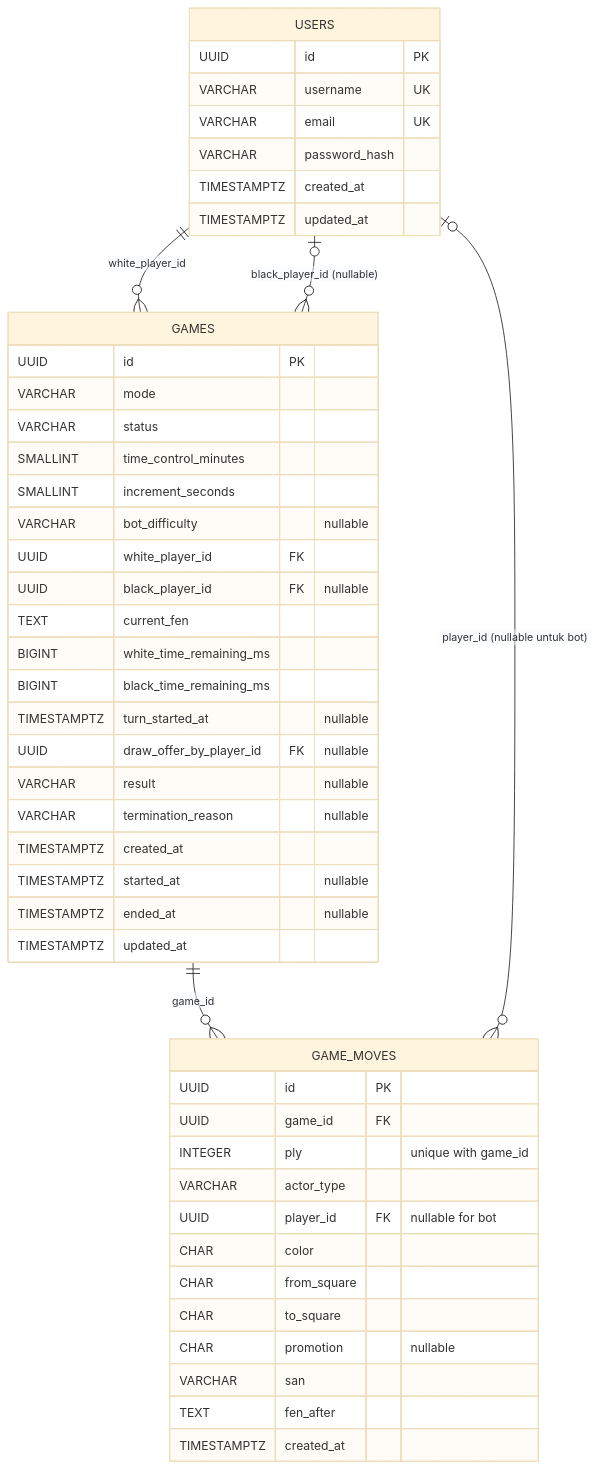
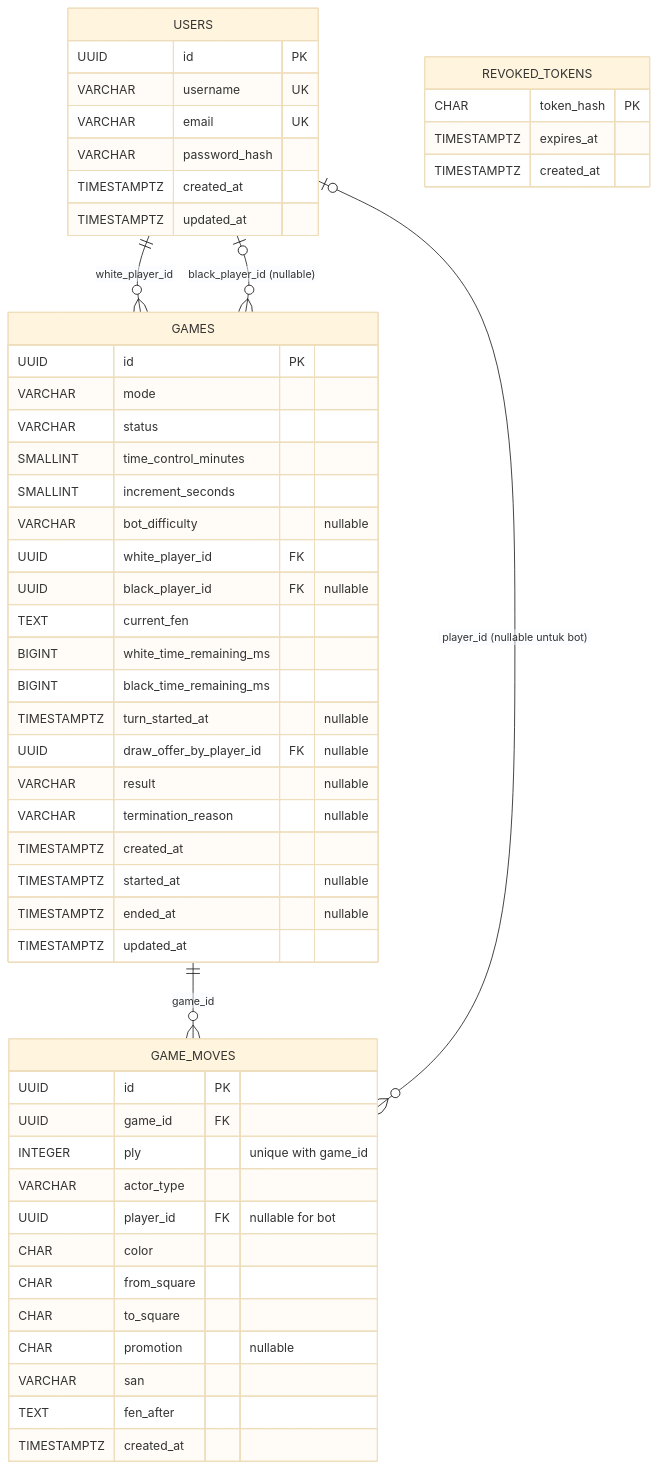
The diagram in server/DATABASE_SCHEMA.md (Three-Musketeers-Hacktiv/Hacktiv-Chess-Ultimate), drawn with Mermaid (base theme) before and after one commit. The commit also changed other lines of this file and 13 other files, not shown here.

````diff
--- a/server/DATABASE_SCHEMA.md
+++ b/server/DATABASE_SCHEMA.md
@@ -16,53 +16,59 @@
 ```mermaid
 erDiagram
     USERS ||--o{ GAMES : "white_player_id"
     USERS o|--o{ GAMES : "black_player_id (nullable)"
     GAMES ||--o{ GAME_MOVES : "game_id"
     USERS o|--o{ GAME_MOVES : "player_id (nullable untuk bot)"
 
     USERS {
         UUID id PK
         VARCHAR username UK
         VARCHAR email UK
         VARCHAR password_hash
         TIMESTAMPTZ created_at
         TIMESTAMPTZ updated_at
     }
 
     GAMES {
         UUID id PK
         VARCHAR mode
         VARCHAR status
         SMALLINT time_control_minutes
         SMALLINT increment_seconds
         VARCHAR bot_difficulty "nullable"
         UUID white_player_id FK
         UUID black_player_id FK "nullable"
         TEXT current_fen
         BIGINT white_time_remaining_ms
         BIGINT black_time_remaining_ms
         TIMESTAMPTZ turn_started_at "nullable"
         UUID draw_offer_by_player_id FK "nullable"
         VARCHAR result "nullable"
         VARCHAR termination_reason "nullable"
         TIMESTAMPTZ created_at
         TIMESTAMPTZ started_at "nullable"
         TIMESTAMPTZ ended_at "nullable"
         TIMESTAMPTZ updated_at
     }
 
     GAME_MOVES {
         UUID id PK
         UUID game_id FK
         INTEGER ply "unique with game_id"
         VARCHAR actor_type
         UUID player_id FK "nullable for bot"
         CHAR color
         CHAR from_square
         CHAR to_square
         CHAR promotion "nullable"
         VARCHAR san
         TEXT fen_after
         TIMESTAMPTZ created_at
     }
+
+    REVOKED_TOKENS {
+        CHAR token_hash PK
+        TIMESTAMPTZ expires_at
+        TIMESTAMPTZ created_at
+    }
 ```
````
